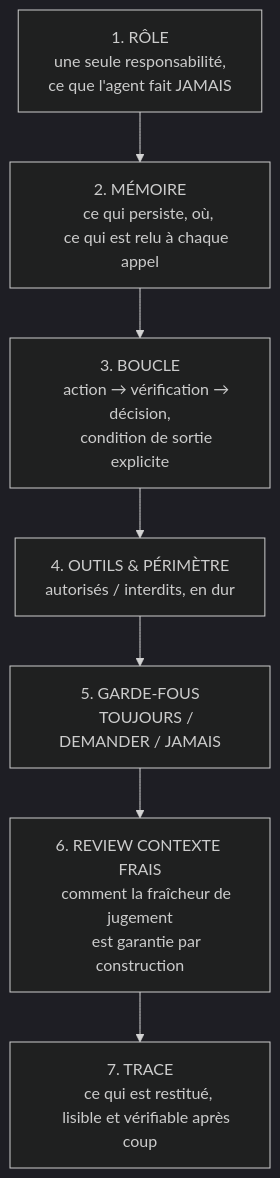
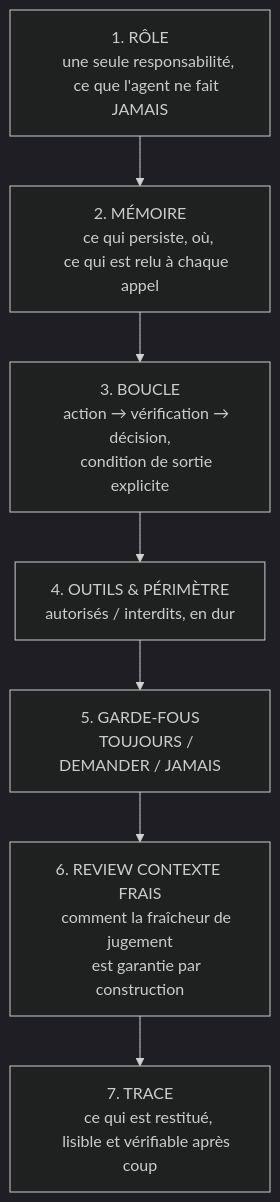
The first of 3 diagrams in doc/COMMENT-ON-ECRIT-NOS-AGENTS.md (techmefr/mentis), drawn with Mermaid (dark theme) before and after one commit. The commit also changed other lines of this file and 1 other file, not shown here.

````diff
--- a/doc/COMMENT-ON-ECRIT-NOS-AGENTS.md
+++ b/doc/COMMENT-ON-ECRIT-NOS-AGENTS.md
@@ -74,23 +74,23 @@
 ```mermaid
 flowchart TD
     R["1. RÔLE
     une seule responsabilité,
-    ce que l'agent fait JAMAIS"]
+    ce que l'agent ne fait JAMAIS"]
     M["2. MÉMOIRE
     ce qui persiste, où,
     ce qui est relu à chaque appel"]
     B["3. BOUCLE
     action → vérification → décision,
     condition de sortie explicite"]
     O["4. OUTILS & PÉRIMÈTRE
     autorisés / interdits, en dur"]
     G["5. GARDE-FOUS
     TOUJOURS / DEMANDER / JAMAIS"]
     C["6. REVIEW CONTEXTE FRAIS
     comment la fraîcheur de jugement
     est garantie par construction"]
     T["7. TRACE
     ce qui est restitué,
     lisible et vérifiable après coup"]
     R --> M --> B --> O --> G --> C --> T
 ```
````
